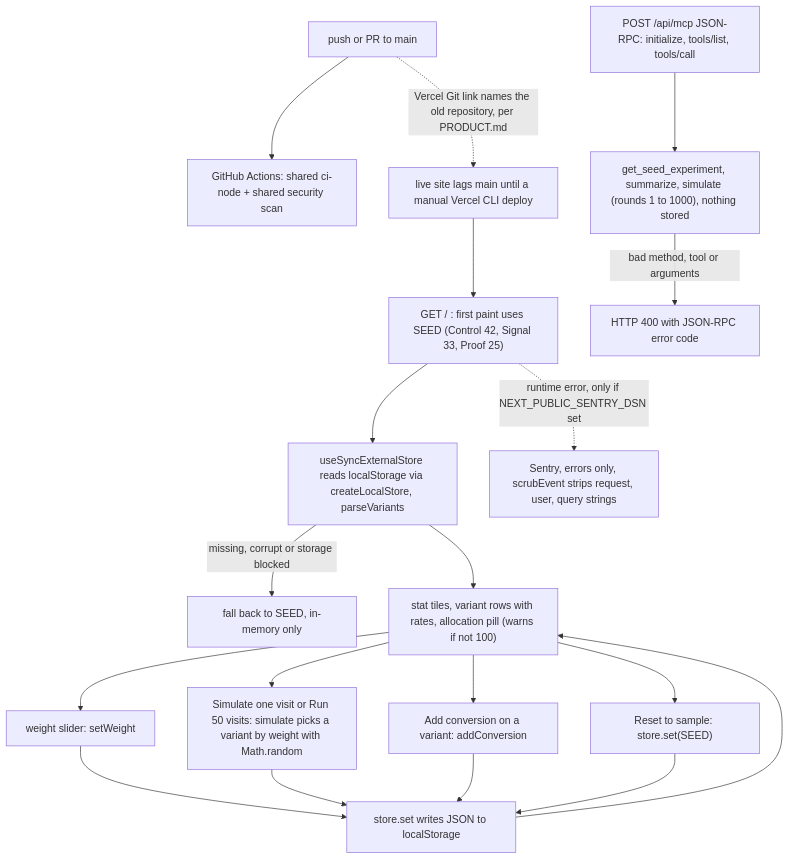
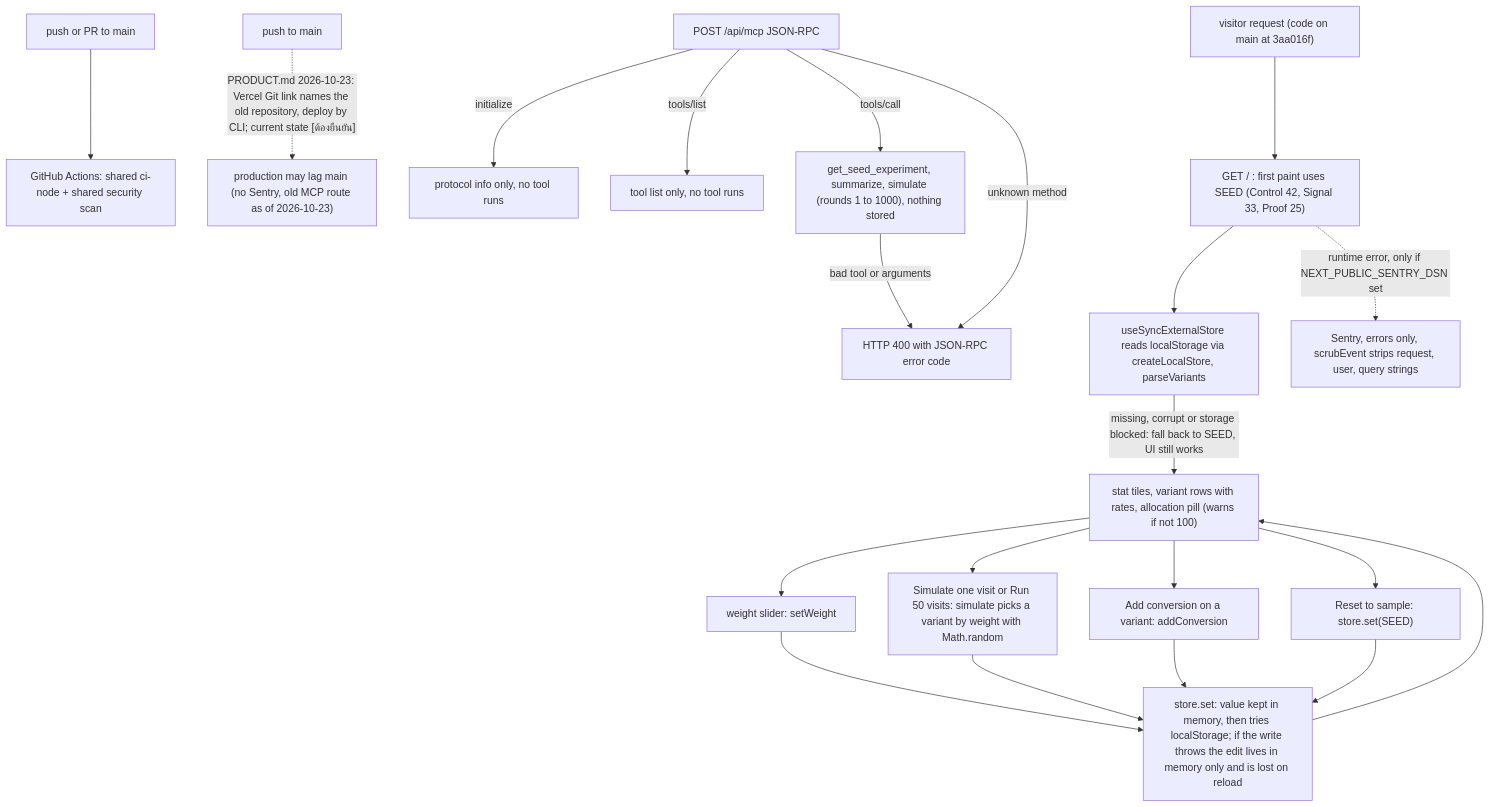
One commit to bookchaowalit-website/marketing-ab-testing-web changed the first of 2 diagrams in docs/diagrams/01-business-process.md. Above: the diagram before and after it, drawn with Mermaid.

Commit message:
docs: correct As-Is/To-Be facts from review (01-business-process)

````diff
--- a/docs/diagrams/01-business-process.md
+++ b/docs/diagrams/01-business-process.md
@@ -9,21 +9,23 @@
 ```mermaid
 flowchart TD
   PUSH["push or PR to main"] --> CI["GitHub Actions: shared ci-node + shared security scan"]
-  PUSH -.->|"Vercel Git link names the old repository, per PRODUCT.md"| LAG["live site lags main until a manual Vercel CLI deploy"]
-  LAG --> PAGE["GET / : first paint uses SEED (Control 42, Signal 33, Proof 25)"]
+  MAIN["push to main"] -.->|"PRODUCT.md 2026-10-23: Vercel Git link names the old repository, deploy by CLI; current state [ต้องยืนยัน]"| PROD["production may lag main (no Sentry, old MCP route as of 2026-10-23)"]
+  VISIT["visitor request (code on main at 3aa016f)"] --> PAGE["GET / : first paint uses SEED (Control 42, Signal 33, Proof 25)"]
   PAGE --> LOAD["useSyncExternalStore reads localStorage via createLocalStore, parseVariants"]
-  LOAD -->|"missing, corrupt or storage blocked"| SEEDKEEP["fall back to SEED, in-memory only"]
-  LOAD --> UI["stat tiles, variant rows with rates, allocation pill (warns if not 100)"]
+  LOAD -->|"missing, corrupt or storage blocked: fall back to SEED, UI still works"| UI["stat tiles, variant rows with rates, allocation pill (warns if not 100)"]
   UI --> W["weight slider: setWeight"]
   UI --> SIM["Simulate one visit or Run 50 visits: simulate picks a variant by weight with Math.random"]
   UI --> CONV["Add conversion on a variant: addConversion"]
   UI --> RESET["Reset to sample: store.set(SEED)"]
-  W --> SAVE["store.set writes JSON to localStorage"]
+  W --> SAVE["store.set: value kept in memory, then tries localStorage; if the write throws the edit lives in memory only and is lost on reload"]
   SIM --> SAVE
   CONV --> SAVE
   RESET --> SAVE
   SAVE --> UI
-  MCP["POST /api/mcp JSON-RPC: initialize, tools/list, tools/call"] --> TOOLS["get_seed_experiment, summarize, simulate (rounds 1 to 1000), nothing stored"]
-  TOOLS -->|"bad method, tool or arguments"| ERR["HTTP 400 with JSON-RPC error code"]
+  MCP["POST /api/mcp JSON-RPC"] -->|"initialize"| INIT["protocol info only, no tool runs"]
+  MCP -->|"tools/list"| LIST["tool list only, no tool runs"]
+  MCP -->|"tools/call"| TOOLS["get_seed_experiment, summarize, simulate (rounds 1 to 1000), nothing stored"]
+  MCP -->|"unknown method"| ERR["HTTP 400 with JSON-RPC error code"]
+  TOOLS -->|"bad tool or arguments"| ERR
   PAGE -.->|"runtime error, only if NEXT_PUBLIC_SENTRY_DSN set"| SENTRY["Sentry, errors only, scrubEvent strips request, user, query strings"]
 ```
````
